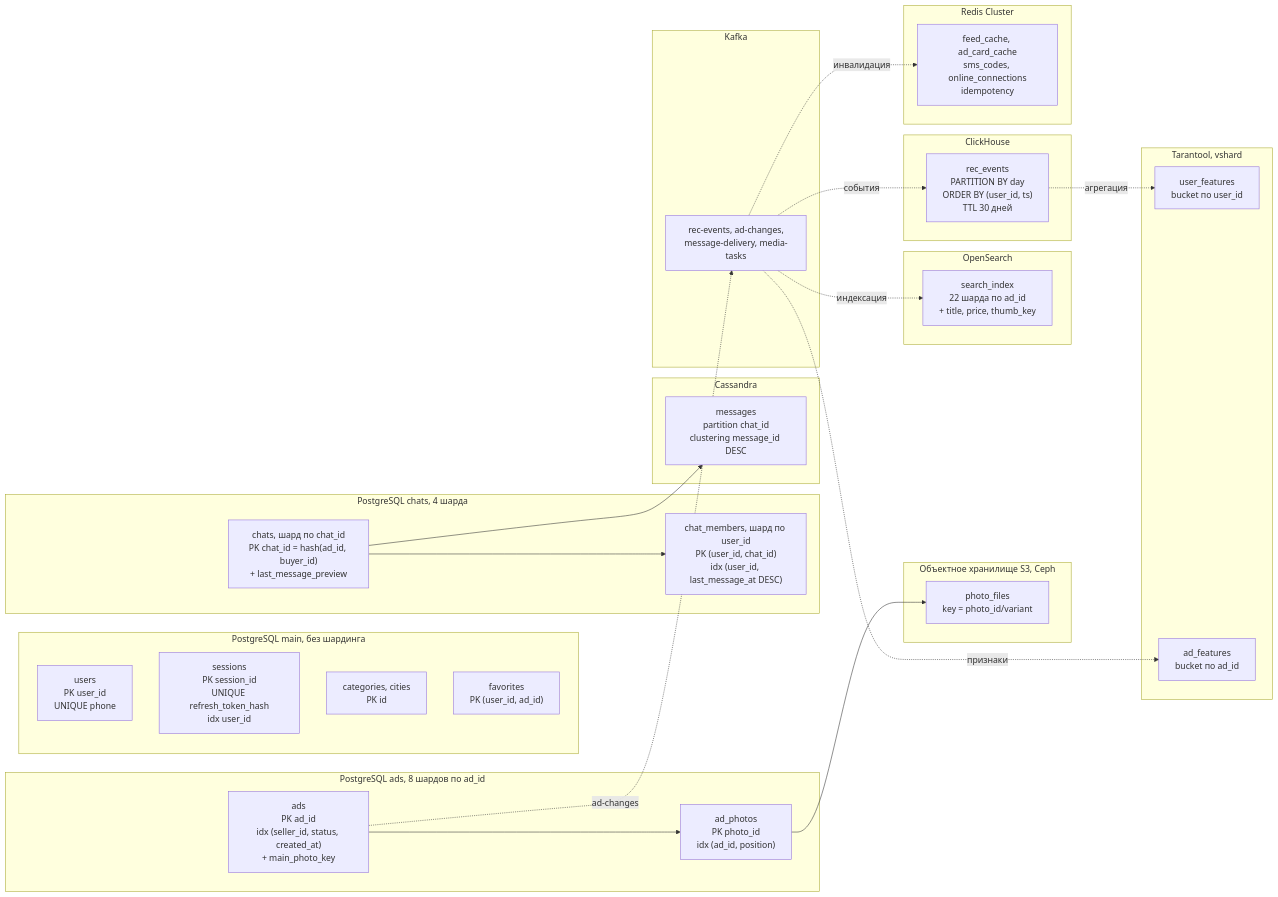
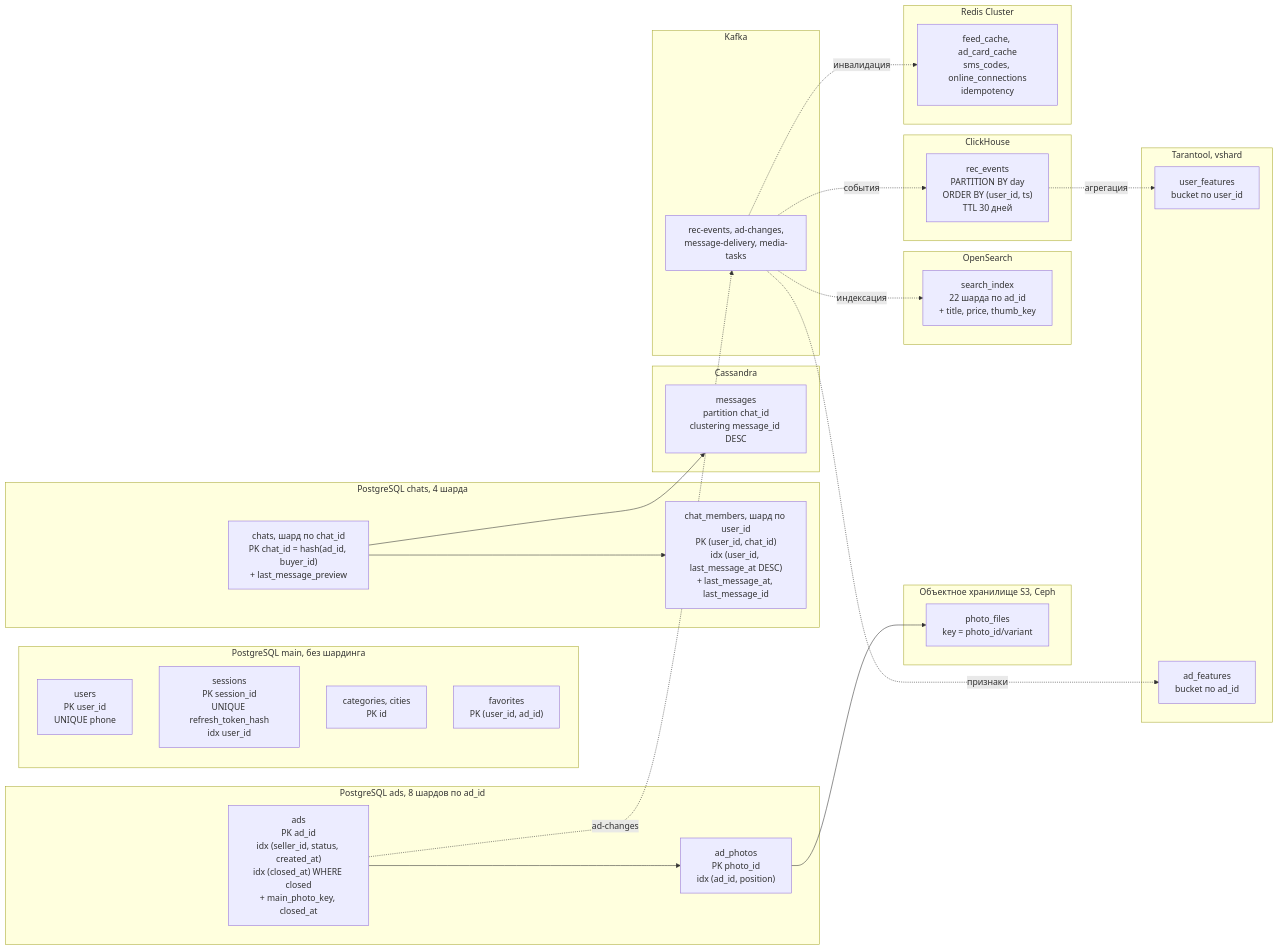
Before and after one commit to grishacake/highload_technopark: the second of 2 diagrams in README.md, drawn with Mermaid. The commit also changed other lines of this file, not shown here.

First line of the commit message:
HW6: исправления физической схемы БД

````diff
--- a/README.md
+++ b/README.md
@@ -691,50 +691,50 @@
 ```mermaid
 flowchart LR
     subgraph PG_MAIN["PostgreSQL main, без шардинга"]
         users["users<br/>PK user_id<br/>UNIQUE phone"]
         sessions["sessions<br/>PK session_id<br/>UNIQUE refresh_token_hash<br/>idx user_id"]
         dict["categories, cities<br/>PK id"]
         fav["favorites<br/>PK (user_id, ad_id)"]
     end
     subgraph PG_ADS["PostgreSQL ads, 8 шардов по ad_id"]
-        ads["ads<br/>PK ad_id<br/>idx (seller_id, status, created_at)<br/>+ main_photo_key"]
+        ads["ads<br/>PK ad_id<br/>idx (seller_id, status, created_at)<br/>idx (closed_at) WHERE closed<br/>+ main_photo_key, closed_at"]
         photos["ad_photos<br/>PK photo_id<br/>idx (ad_id, position)"]
     end
     subgraph PG_CHATS["PostgreSQL chats, 4 шарда"]
         chats["chats, шард по chat_id<br/>PK chat_id = hash(ad_id, buyer_id)<br/>+ last_message_preview"]
-        members["chat_members, шард по user_id<br/>PK (user_id, chat_id)<br/>idx (user_id, last_message_at DESC)"]
+        members["chat_members, шард по user_id<br/>PK (user_id, chat_id)<br/>idx (user_id, last_message_at DESC)<br/>+ last_message_at, last_message_id"]
     end
     subgraph CASS["Cassandra"]
         msgs["messages<br/>partition chat_id<br/>clustering message_id DESC"]
     end
     subgraph S3["Объектное хранилище S3, Ceph"]
         files["photo_files<br/>key = photo_id/variant"]
     end
     subgraph ES["OpenSearch"]
         idx["search_index<br/>22 шарда по ad_id<br/>+ title, price, thumb_key"]
     end
     subgraph CH["ClickHouse"]
         ev["rec_events<br/>PARTITION BY day<br/>ORDER BY (user_id, ts)<br/>TTL 30 дней"]
     end
     subgraph TT["Tarantool, vshard"]
         uf["user_features<br/>bucket по user_id"]
         af["ad_features<br/>bucket по ad_id"]
     end
     subgraph REDIS["Redis Cluster"]
         cache["feed_cache, ad_card_cache<br/>sms_codes, online_connections<br/>idempotency"]
     end
     subgraph KAFKA["Kafka"]
         q["rec-events, ad-changes,<br/>message-delivery, media-tasks"]
     end
 
     ads --> photos
     photos --> files
     ads -. ad-changes .-> q
     q -. индексация .-> idx
     q -. признаки .-> af
     q -. инвалидация .-> cache
     q -. события .-> ev
     ev -. агрегация .-> uf
     chats --> msgs
     chats --> members
 ```
````
